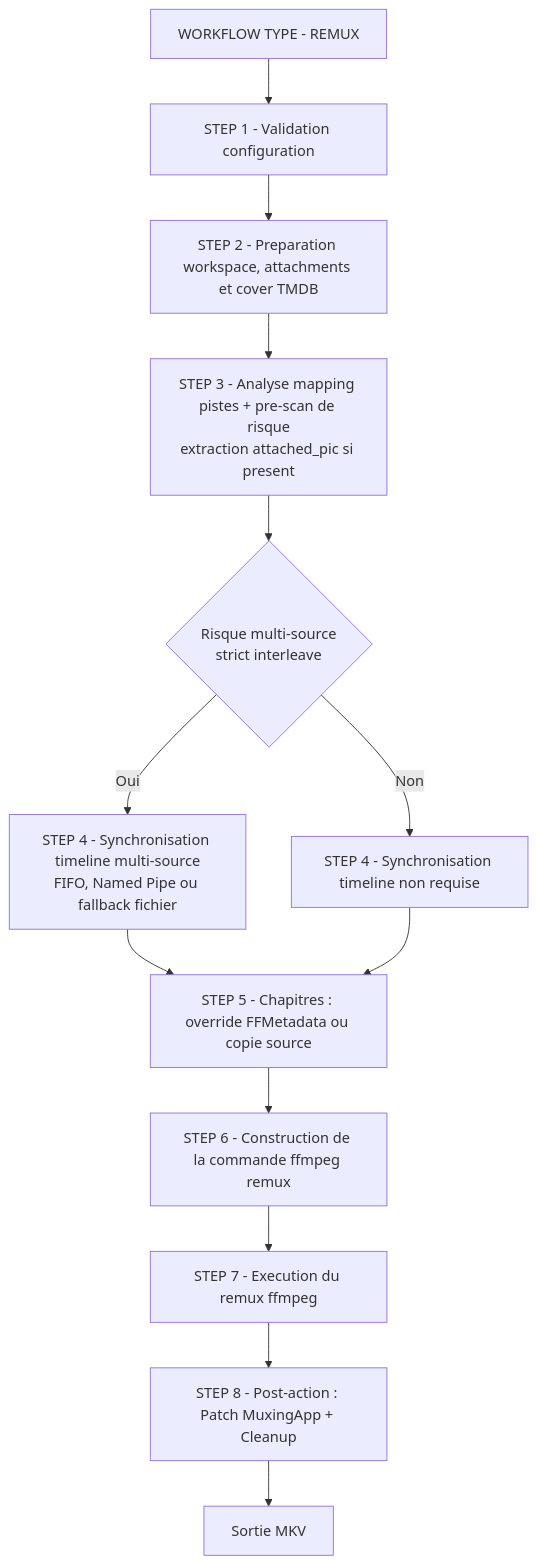
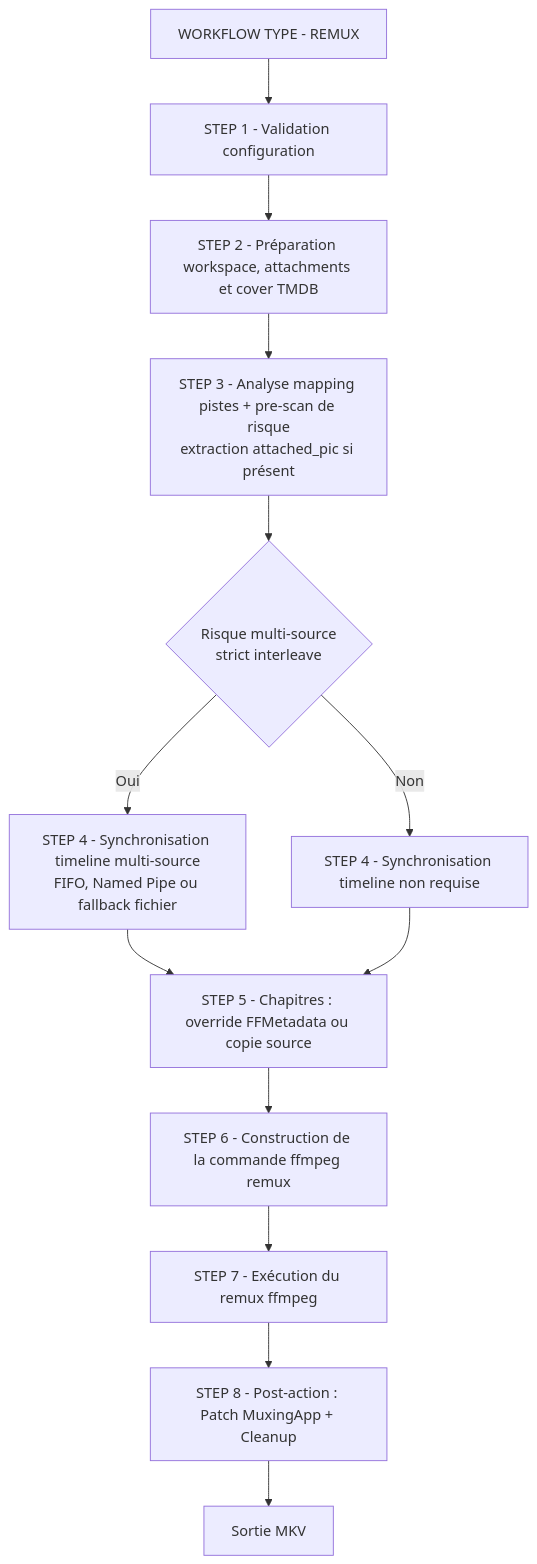
Before and after one commit to Hydro74000/muxiveo: the second of 5 diagrams in README.md, drawn with Mermaid. The commit also changed other lines of this file and 23 other files, not shown here.

````diff
--- a/README.md
+++ b/README.md
@@ -649,15 +692,15 @@
 ```mermaid
 flowchart TD
     A["WORKFLOW TYPE - REMUX"] --> B["STEP 1 - Validation configuration"]
-    B --> C["STEP 2 - Preparation workspace, attachments et cover TMDB"]
-    C --> D["STEP 3 - Analyse mapping pistes + pre-scan de risque<br/>extraction attached_pic si present"]
+    B --> C["STEP 2 - Préparation workspace, attachments et cover TMDB"]
+    C --> D["STEP 3 - Analyse mapping pistes + pre-scan de risque<br/>extraction attached_pic si présent"]
     D --> E{"Risque multi-source<br/>strict interleave"}
     E -->|Oui| F["STEP 4 - Synchronisation timeline multi-source<br/>FIFO, Named Pipe ou fallback fichier"]
     E -->|Non| G["STEP 4 - Synchronisation timeline non requise"]
     F --> H["STEP 5 - Chapitres : override FFMetadata ou copie source"]
     G --> H
     H --> I["STEP 6 - Construction de la commande ffmpeg remux"]
-    I --> J["STEP 7 - Execution du remux ffmpeg"]
+    I --> J["STEP 7 - Exécution du remux ffmpeg"]
     J --> K["STEP 8 - Post-action : Patch MuxingApp + Cleanup"]
     K --> L["Sortie MKV"]
 ```
````
